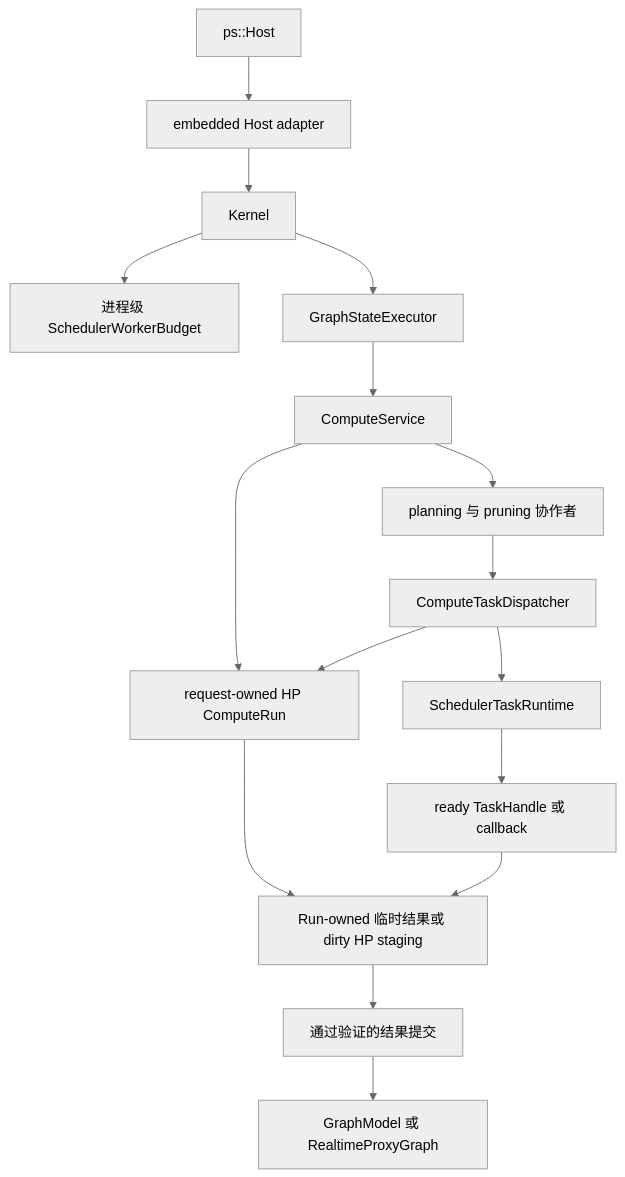
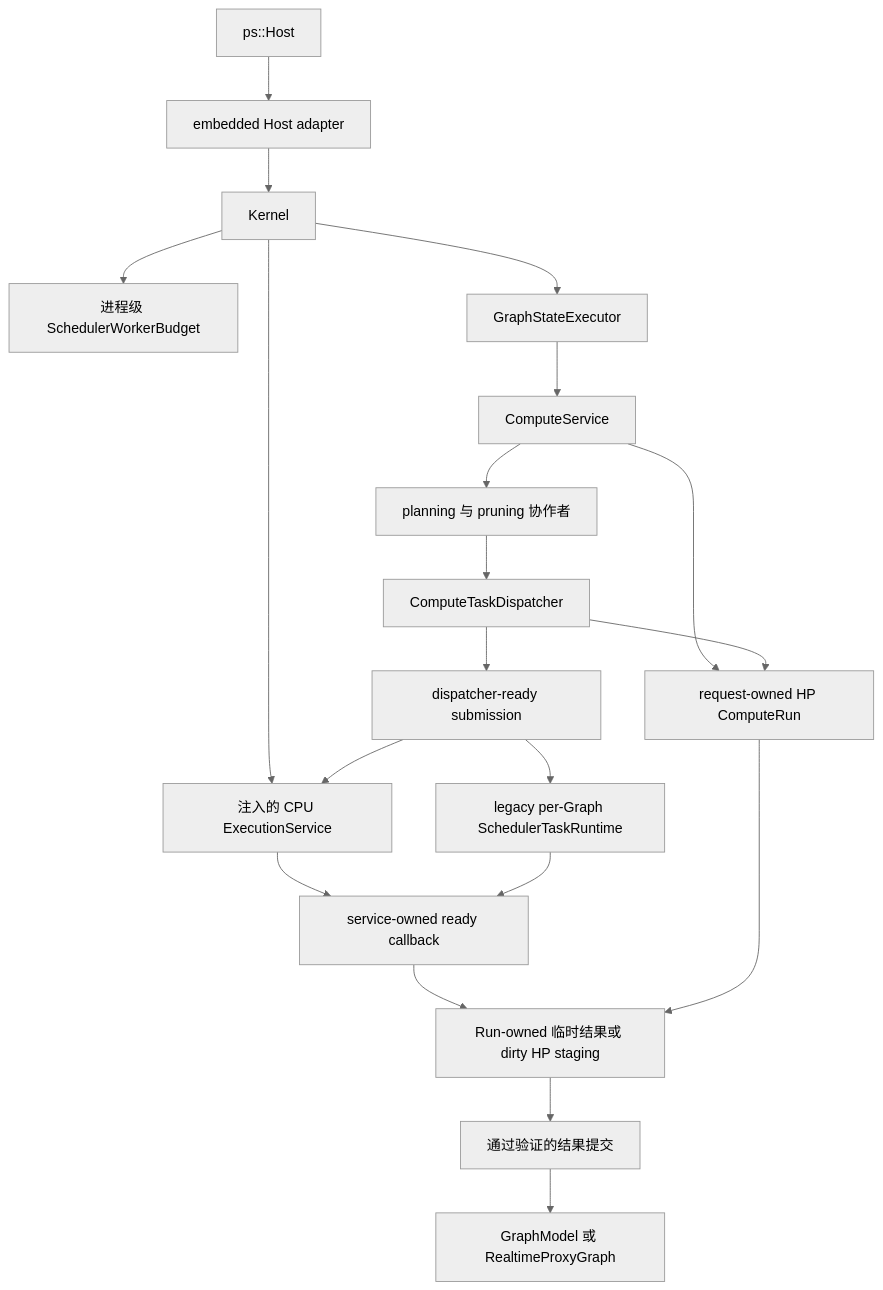
One commit to kevin-zf1123/photospider changed the diagram in docs/kernel-architecture/zh/Compute-Boundaries.zh.md. Above: the diagram before and after it, drawn with Mermaid (neutral theme). The commit also changed other lines of this file and 13 other files, not shown here.

````diff
--- a/docs/kernel-architecture/zh/Compute-Boundaries.zh.md
+++ b/docs/kernel-architecture/zh/Compute-Boundaries.zh.md
@@ -20,18 +20,22 @@
 ```mermaid
 flowchart TD
   HOST["ps::Host"] --> ADAPTER["embedded Host adapter"]
   ADAPTER --> KERNEL["Kernel"]
   KERNEL --> BUDGET["进程级 SchedulerWorkerBudget"]
+  KERNEL --> EXEC["注入的 CPU ExecutionService"]
   KERNEL --> GSE["GraphStateExecutor"]
   GSE --> SERVICE["ComputeService"]
   SERVICE --> RUN["request-owned HP ComputeRun"]
   SERVICE --> PLAN["planning 与 pruning 协作者"]
   PLAN --> DISPATCH["ComputeTaskDispatcher"]
   DISPATCH --> RUN
-  DISPATCH --> RUNTIME["SchedulerTaskRuntime"]
-  RUNTIME --> CALLBACK["ready TaskHandle 或 callback"]
+  DISPATCH --> READY["dispatcher-ready submission"]
+  READY --> EXEC
+  READY --> RUNTIME["legacy per-Graph SchedulerTaskRuntime"]
+  EXEC --> CALLBACK["service-owned ready callback"]
+  RUNTIME --> CALLBACK
   CALLBACK --> TEMP["Run-owned 临时结果或 dirty HP staging"]
   RUN --> TEMP
   TEMP --> COMMIT["通过验证的结果提交"]
   COMMIT --> GRAPH["GraphModel 或 RealtimeProxyGraph"]
 ```
````
